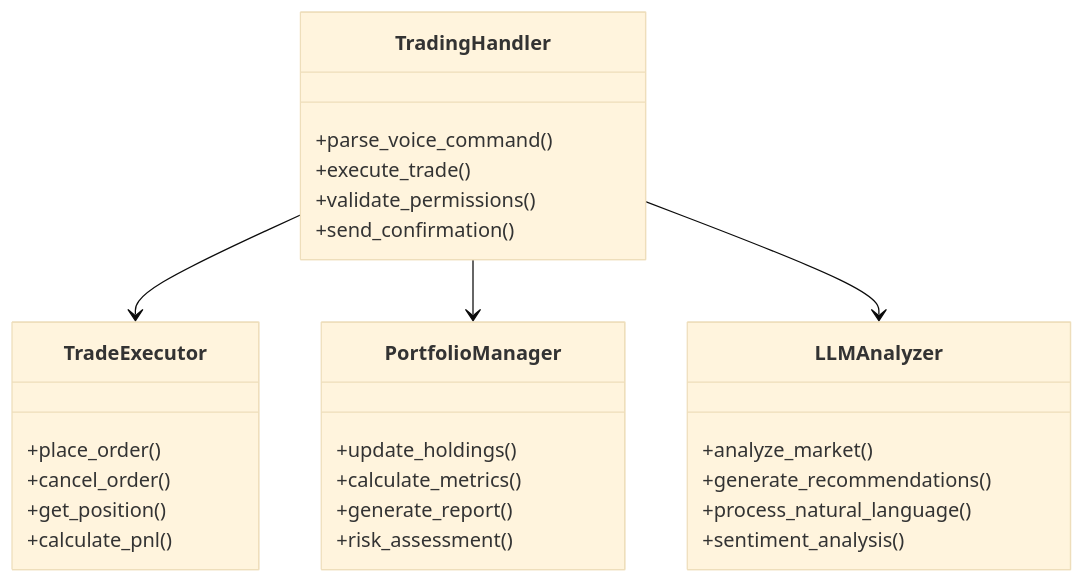
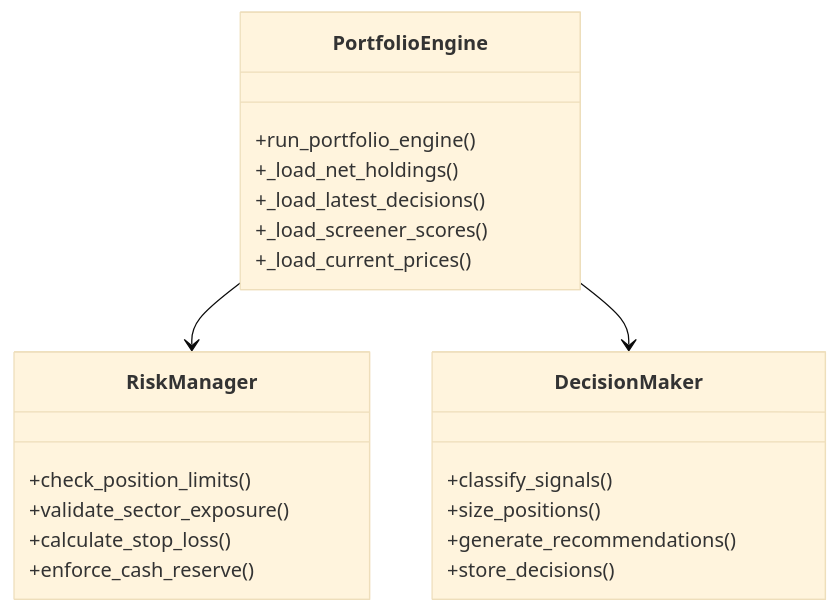
Before and after one commit to ZengSeng/telegram-bot: the fourth of 5 diagrams in .qoder/repowiki/en/content/Project Overview.md, drawn with Mermaid (base theme). The commit also changed other lines of this file and 8 other files, not shown here.

````diff
--- a/.qoder/repowiki/en/content/Project Overview.md
+++ b/.qoder/repowiki/en/content/Project Overview.md
@@ -281,30 +262,24 @@
 ```mermaid
 classDiagram
-class TradingHandler {
-+parse_voice_command()
-+execute_trade()
-+validate_permissions()
-+send_confirmation()
+class PortfolioEngine {
++run_portfolio_engine()
++_load_net_holdings()
++_load_latest_decisions()
++_load_screener_scores()
++_load_current_prices()
 }
-class TradeExecutor {
-+place_order()
-+cancel_order()
-+get_position()
-+calculate_pnl()
+class RiskManager {
++check_position_limits()
++validate_sector_exposure()
++calculate_stop_loss()
++enforce_cash_reserve()
 }
-class PortfolioManager {
-+update_holdings()
-+calculate_metrics()
-+generate_report()
-+risk_assessment()
+class DecisionMaker {
++classify_signals()
++size_positions()
++generate_recommendations()
++store_decisions()
 }
-class LLMAnalyzer {
-+analyze_market()
-+generate_recommendations()
-+process_natural_language()
-+sentiment_analysis()
-}
-TradingHandler --> TradeExecutor
-TradingHandler --> PortfolioManager
-TradingHandler --> LLMAnalyzer
+PortfolioEngine --> RiskManager
+PortfolioEngine --> DecisionMaker
 ```
````
